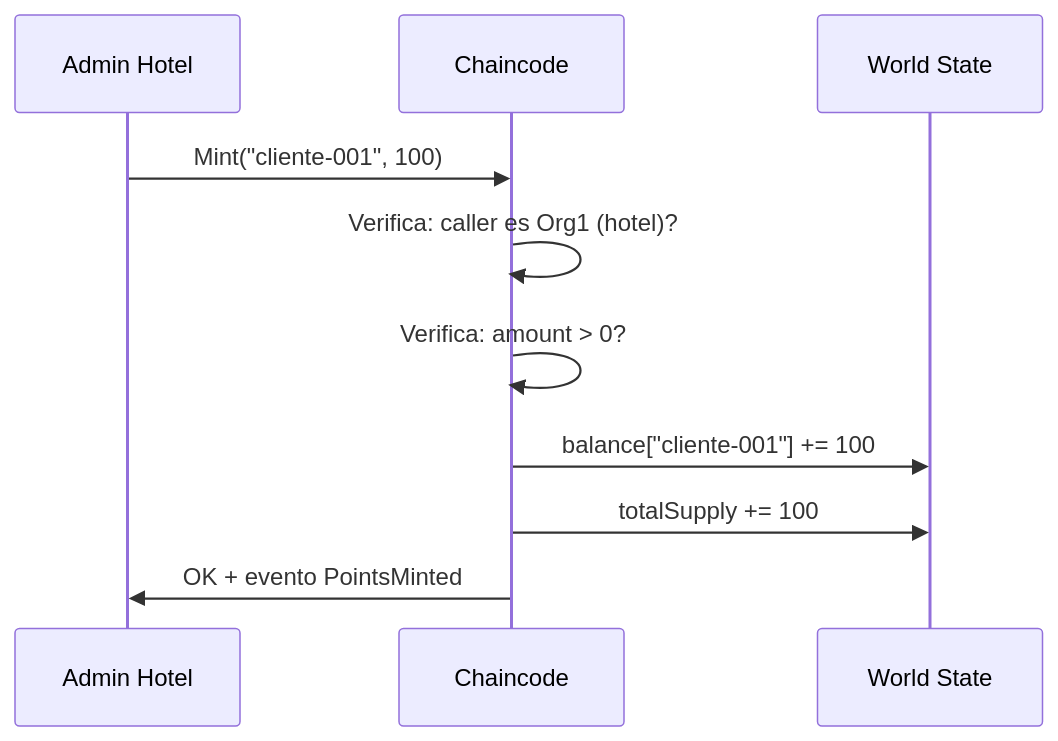
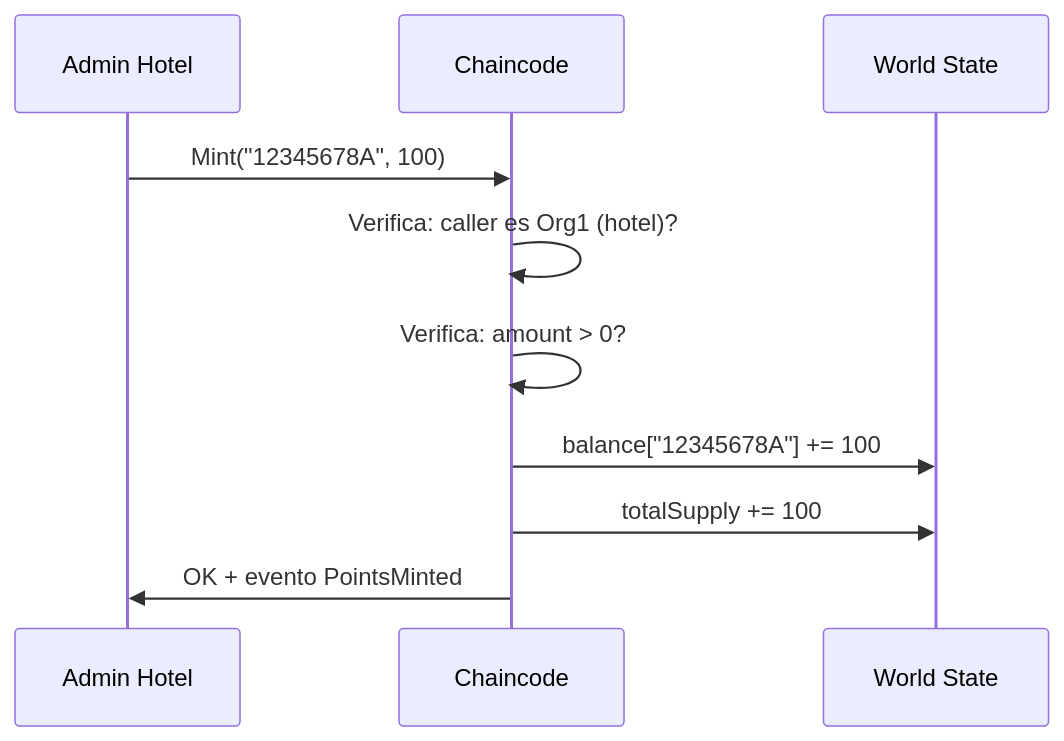
One commit to jjnieto/fabric changed the second of 5 diagrams in docs/modulo-6/01-diseno-funcional.md. Above: the diagram before and after it, drawn with Mermaid. The commit also changed other lines of this file and 4 other files, not shown here.

````diff
--- a/docs/modulo-6/01-diseno-funcional.md
+++ b/docs/modulo-6/01-diseno-funcional.md
@@ -61,13 +61,13 @@
 ```mermaid
 sequenceDiagram
     participant H as Admin Hotel
     participant CC as Chaincode
     participant WS as World State
 
-    H->>CC: Mint("cliente-001", 100)
+    H->>CC: Mint("12345678A", 100)
     CC->>CC: Verifica: caller es Org1 (hotel)?
     CC->>CC: Verifica: amount > 0?
-    CC->>WS: balance["cliente-001"] += 100
+    CC->>WS: balance["12345678A"] += 100
     CC->>WS: totalSupply += 100
     CC->>H: OK + evento PointsMinted
 ```
````
